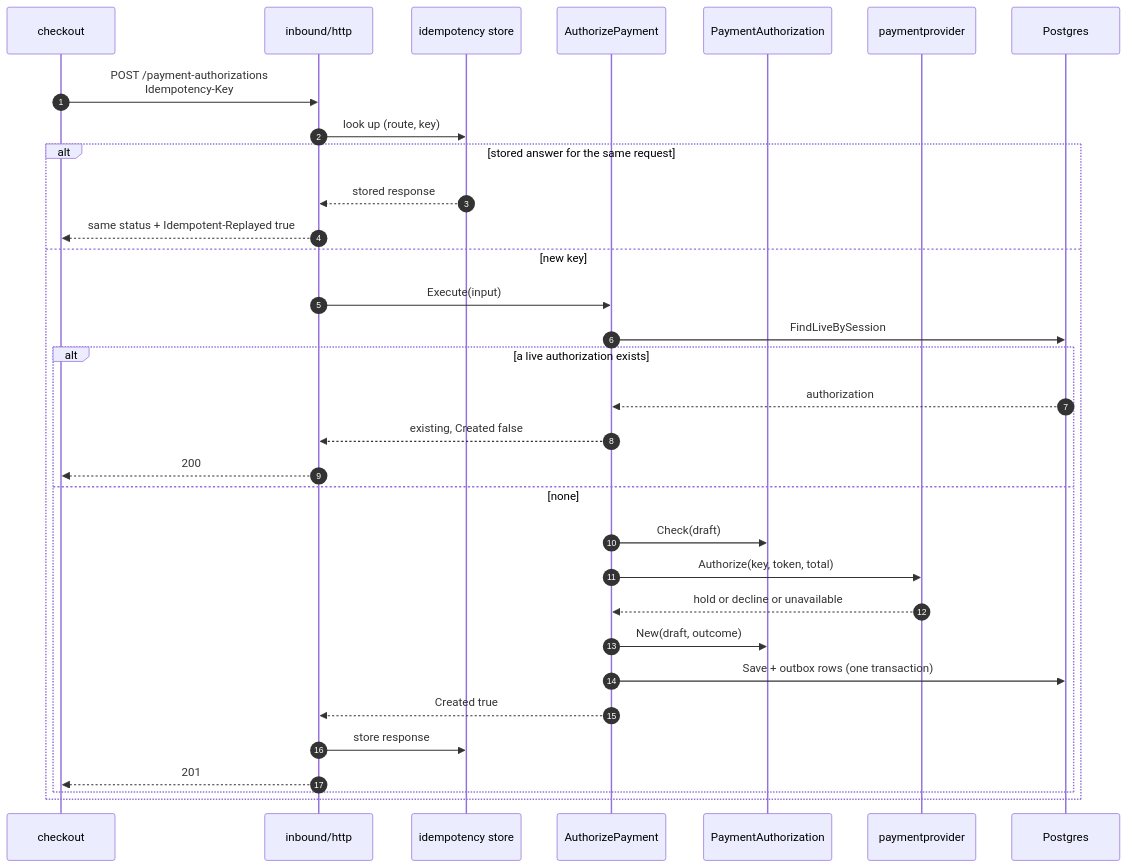
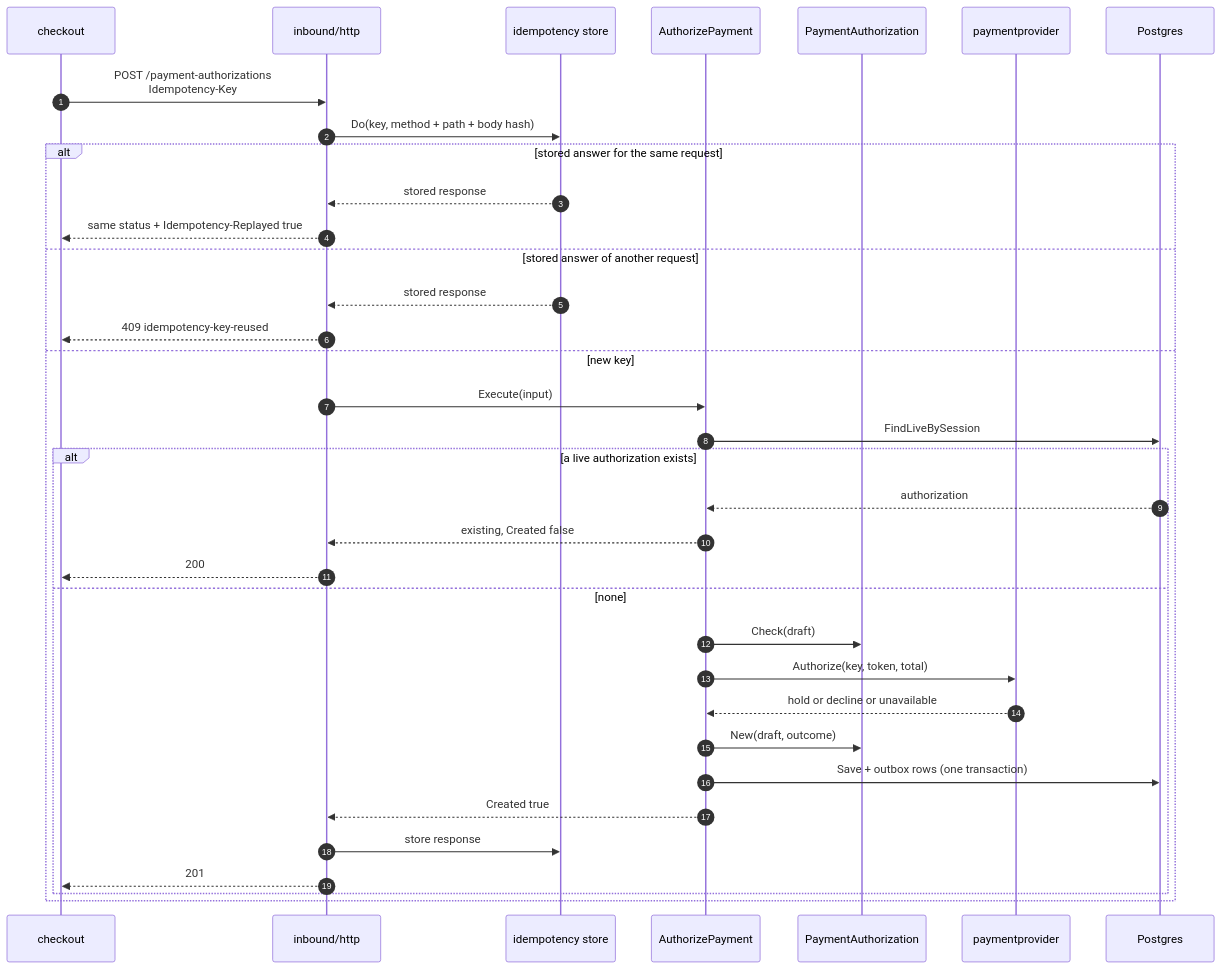
Before and after one commit to IQVO/customer-payments: the first of 5 diagrams in docs/docs/ddd/sequence-diagrams.md, drawn with Mermaid. The commit also changed 36 other files, not shown here.

First line of the commit message:
docs(api): ADR 0006 adopt the fleet REST API guideline; README and docs use the noun routes, Idempotency-Replayed and paged lists

````diff
--- a/docs/docs/ddd/sequence-diagrams.md
+++ b/docs/docs/ddd/sequence-diagrams.md
@@ -19,34 +19,37 @@
 ```mermaid
 sequenceDiagram
     autonumber
     participant C as checkout
     participant H as inbound/http
     participant I as idempotency store
     participant U as AuthorizePayment
     participant D as PaymentAuthorization
     participant P as paymentprovider
     participant DB as Postgres
     C->>H: POST /payment-authorizations<br/>Idempotency-Key
-    H->>I: look up (route, key)
+    H->>I: Do(key, method + path + body hash)
     alt stored answer for the same request
         I-->>H: stored response
-        H-->>C: same status + Idempotent-Replayed true
+        H-->>C: same status + Idempotency-Replayed true
+    else stored answer of another request
+        I-->>H: stored response
+        H-->>C: 409 idempotency-key-reused
     else new key
         H->>U: Execute(input)
         U->>DB: FindLiveBySession
         alt a live authorization exists
             DB-->>U: authorization
             U-->>H: existing, Created false
             H-->>C: 200
         else none
             U->>D: Check(draft)
             U->>P: Authorize(key, token, total)
             P-->>U: hold or decline or unavailable
             U->>D: New(draft, outcome)
             U->>DB: Save + outbox rows (one transaction)
             U-->>H: Created true
             H->>I: store response
             H-->>C: 201
         end
     end
 ```
````
